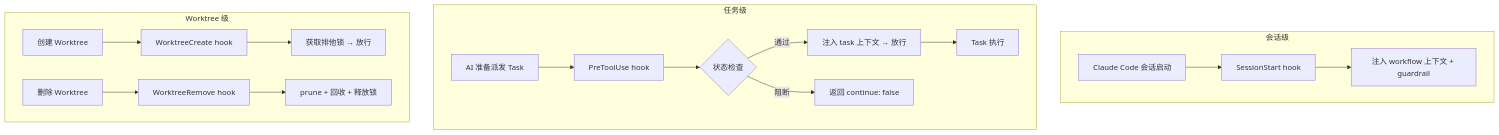
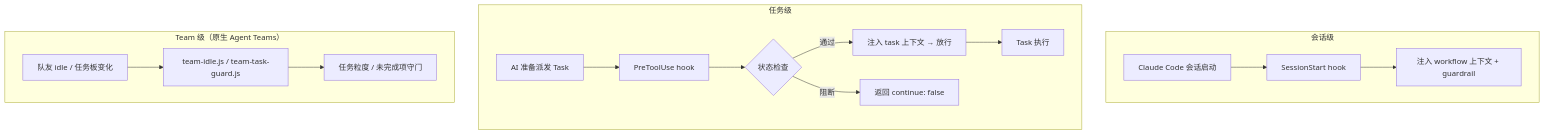
Before and after one commit to fan776783/claude-workflow: the ninth of 9 diagrams in Claude-Code-工作流体系指南.md, drawn with Mermaid. The commit also changed other lines of this file and 2 other files, not shown here.

````diff
--- a/Claude-Code-工作流体系指南.md
+++ b/Claude-Code-工作流体系指南.md
@@ -1333,22 +1399,20 @@
 ```mermaid
 flowchart TD
     subgraph SessionLevel["会话级"]
         S1["Claude Code 会话启动"] --> S2["SessionStart hook"]
         S2 --> S3["注入 workflow 上下文 + guardrail"]
     end
 
     subgraph TaskLevel["任务级"]
         T1["AI 准备派发 Task"] --> T2["PreToolUse hook"]
         T2 --> T3{"状态检查"}
         T3 -->|"通过"| T4["注入 task 上下文 → 放行"]
         T3 -->|"阻断"| T5["返回 continue: false"]
         T4 --> T6["Task 执行"]
     end
 
-    subgraph WorktreeLevel["Worktree 级"]
-        W1["创建 Worktree"] --> W2["WorktreeCreate hook"]
-        W2 --> W3["获取排他锁 → 放行"]
-        W4["删除 Worktree"] --> W5["WorktreeRemove hook"]
-        W5 --> W6["prune + 回收 + 释放锁"]
+    subgraph TeamLevel["Team 级（原生 Agent Teams）"]
+        G1["队友 idle / 任务板变化"] --> G2["team-idle.js / team-task-guard.js"]
+        G2 --> G3["任务粒度 / 未完成项守门"]
     end
 ```
````
